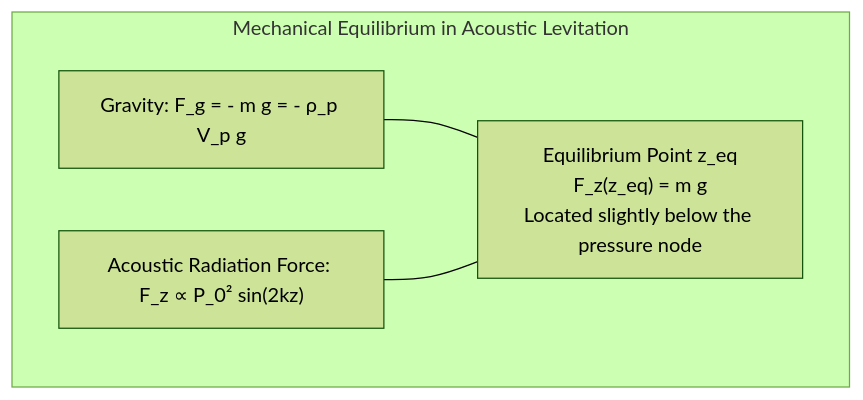
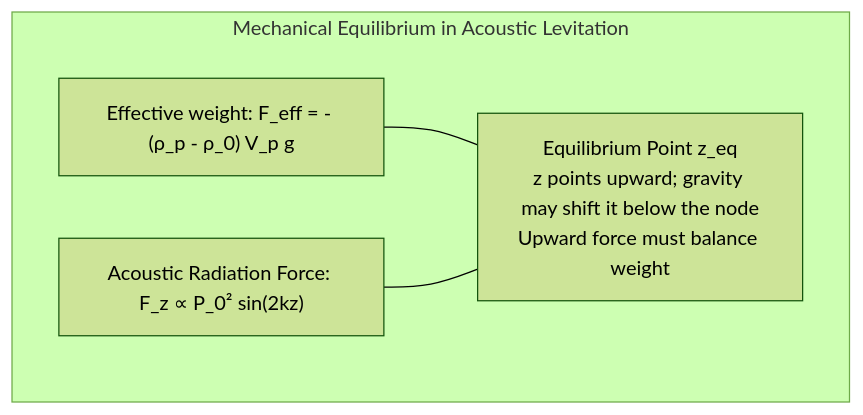
One commit to kenjinote/blog changed the fifth of 5 diagrams in content/post/acoustic-levitation-standing-waves-radiation-force-ultrasonic-physics/index.en.md. Above: the diagram before and after it, drawn with Mermaid (forest theme). The commit also changed other lines of this file and 16 other files, not shown here.

````diff
--- a/content/post/acoustic-levitation-standing-waves-radiation-force-ultrasonic-physics/index.en.md
+++ b/content/post/acoustic-levitation-standing-waves-radiation-force-ultrasonic-physics/index.en.md
@@ -204,10 +195,10 @@
 ```mermaid
 flowchart TD
     subgraph EquilibriumAnalysis ["Mechanical Equilibrium in Acoustic Levitation"]
-        DownwardGravity["Gravity: F_g = - m g = - ρ_p V_p g"]
+        DownwardGravity["Effective weight: F_eff = - (ρ_p - ρ_0) V_p g"]
         AcousticForce["Acoustic Radiation Force: F_z ∝ P_0² sin(2kz)"]
-        StableCoordinate["Equilibrium Point z_eq<br>F_z(z_eq) = m g<br>Located slightly below the pressure node"]
+        StableCoordinate["Equilibrium Point z_eq<br>z points upward; gravity may shift it below the node<br>Upward force must balance weight"]
     end
     DownwardGravity --- StableCoordinate
     AcousticForce --- StableCoordinate
 ```
````
